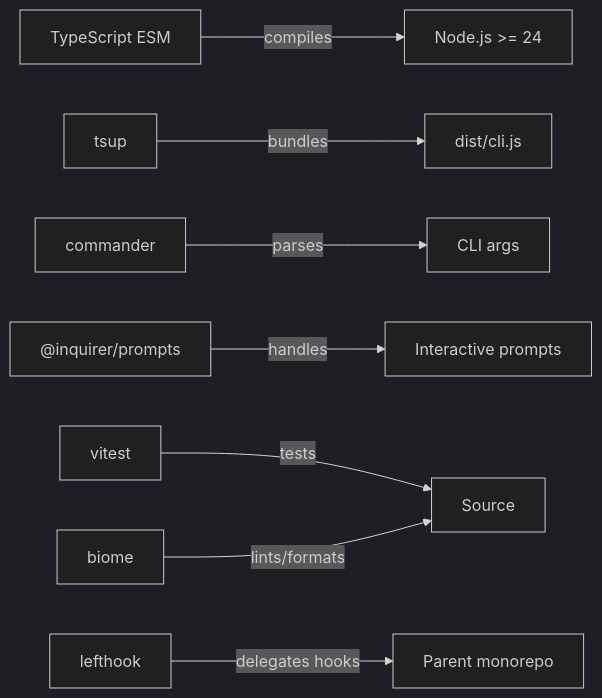
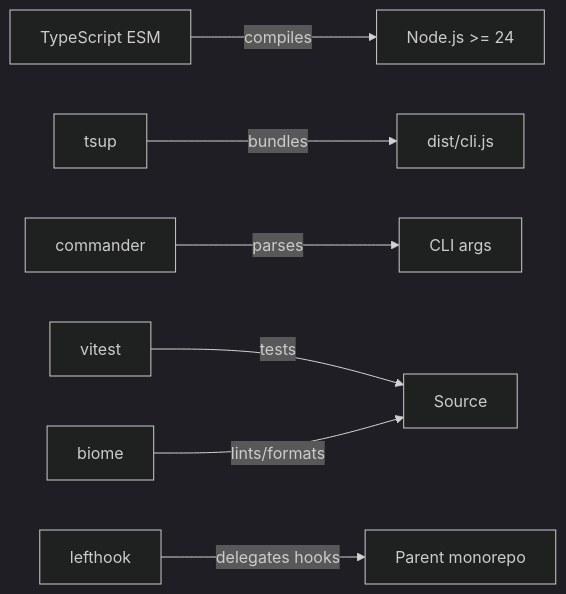
The first of 3 diagrams in aidd_docs/memory/architecture.md (ai-driven-dev/framework), drawn with Mermaid (dark theme) before and after one commit. The commit also changed other lines of this file and 5 other files, not shown here.

Commit message:
docs(memory): update architecture, testing, codebase map, and project docs

````diff
--- a/aidd_docs/memory/architecture.md
+++ b/aidd_docs/memory/architecture.md
@@ -5,10 +5,9 @@
 ```mermaid
 flowchart LR
     TS["TypeScript ESM"] -->|compiles| NODE["Node.js >= 24"]
     TSUP["tsup"] -->|bundles| DIST["dist/cli.js"]
     CMD["commander"] -->|parses| ARGS["CLI args"]
-    IQ["@inquirer/prompts"] -->|handles| IPROMPTS["Interactive prompts"]
     VT["vitest"] -->|tests| SRC["Source"]
     BIO["biome"] -->|lints/formats| SRC
     LH["lefthook"] -->|delegates hooks| PARENT["Parent monorepo"]
 ```
````
